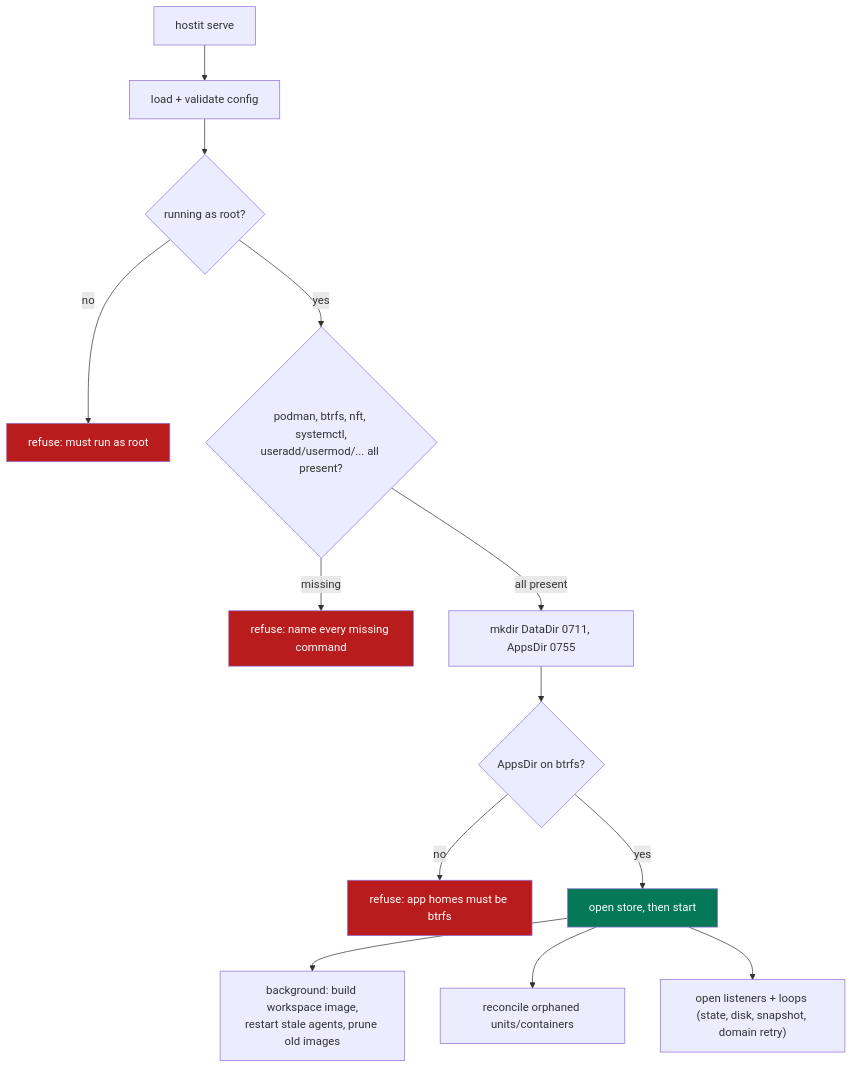
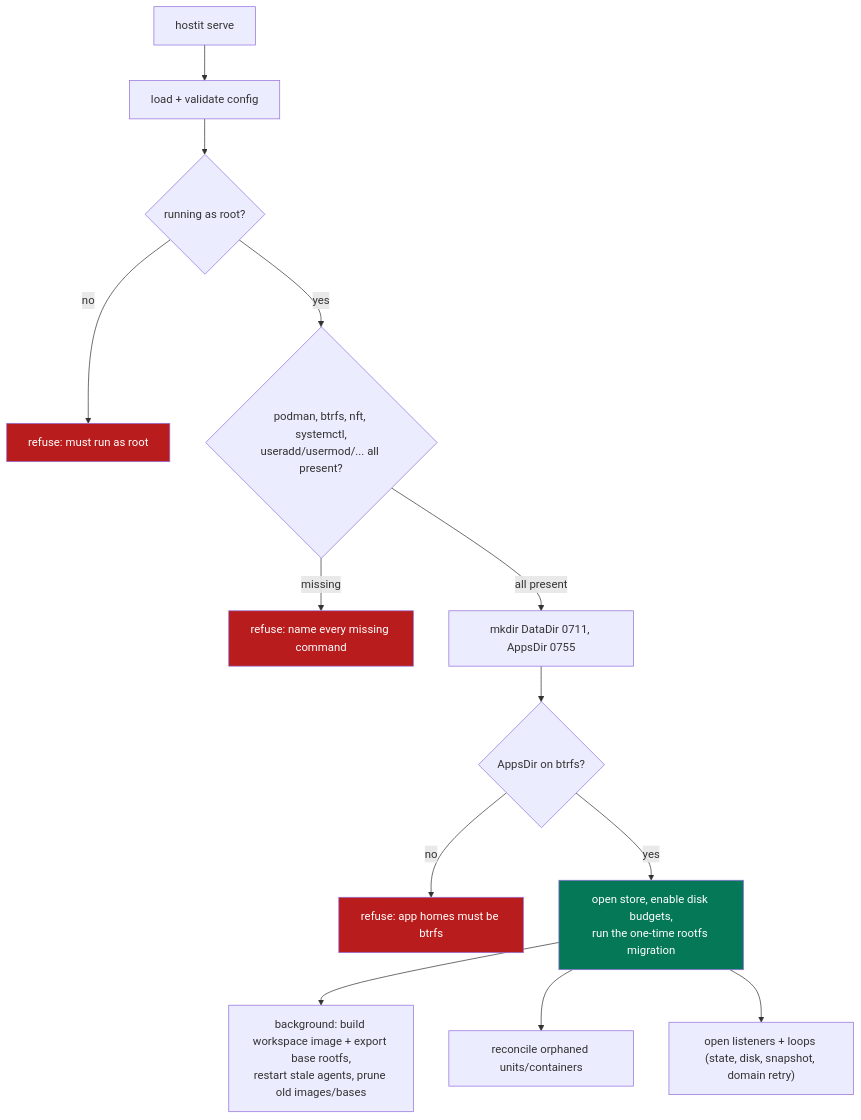
The first of 5 diagrams in docs/architecture/flows.md (binwiederhier/hostit), drawn with Mermaid before and after one commit. The commit also changed other lines of this file and 20 other files, not shown here.

First line of the commit message:
docs,web,cmd: catch the docs up to rootfs-backed storage and combined disk budgets

````diff
--- a/docs/architecture/flows.md
+++ b/docs/architecture/flows.md
@@ -12,20 +12,20 @@
 ```mermaid
 flowchart TB
     start["hostit serve"] --> cfg["load + validate config"]
     cfg --> root{"running as root?"}
     root -- no --> fail1["refuse: must run as root"]
     root -- yes --> bins{"podman, btrfs, nft, systemctl,<br/>useradd/usermod/... all present?"}
     bins -- missing --> fail2["refuse: name every missing command"]
     bins -- all present --> dirs["mkdir DataDir 0711, AppsDir 0755"]
     dirs --> btrfs{"AppsDir on btrfs?"}
     btrfs -- no --> fail3["refuse: app homes must be btrfs"]
-    btrfs -- yes --> ok["open store, then start"]
-    ok --> bg["background: build workspace image,<br/>restart stale agents, prune old images"]
+    btrfs -- yes --> ok["open store, enable disk budgets,<br/>run the one-time rootfs migration"]
+    ok --> bg["background: build workspace image + export base rootfs,<br/>restart stale agents, prune old images/bases"]
     ok --> rec["reconcile orphaned units/containers"]
     ok --> listen["open listeners + loops (state, disk, snapshot, domain retry)"]
 
     style fail1 fill:#b91c1c,color:#fff
     style fail2 fill:#b91c1c,color:#fff
     style fail3 fill:#b91c1c,color:#fff
     style ok fill:#047857,color:#fff
 ```
````
